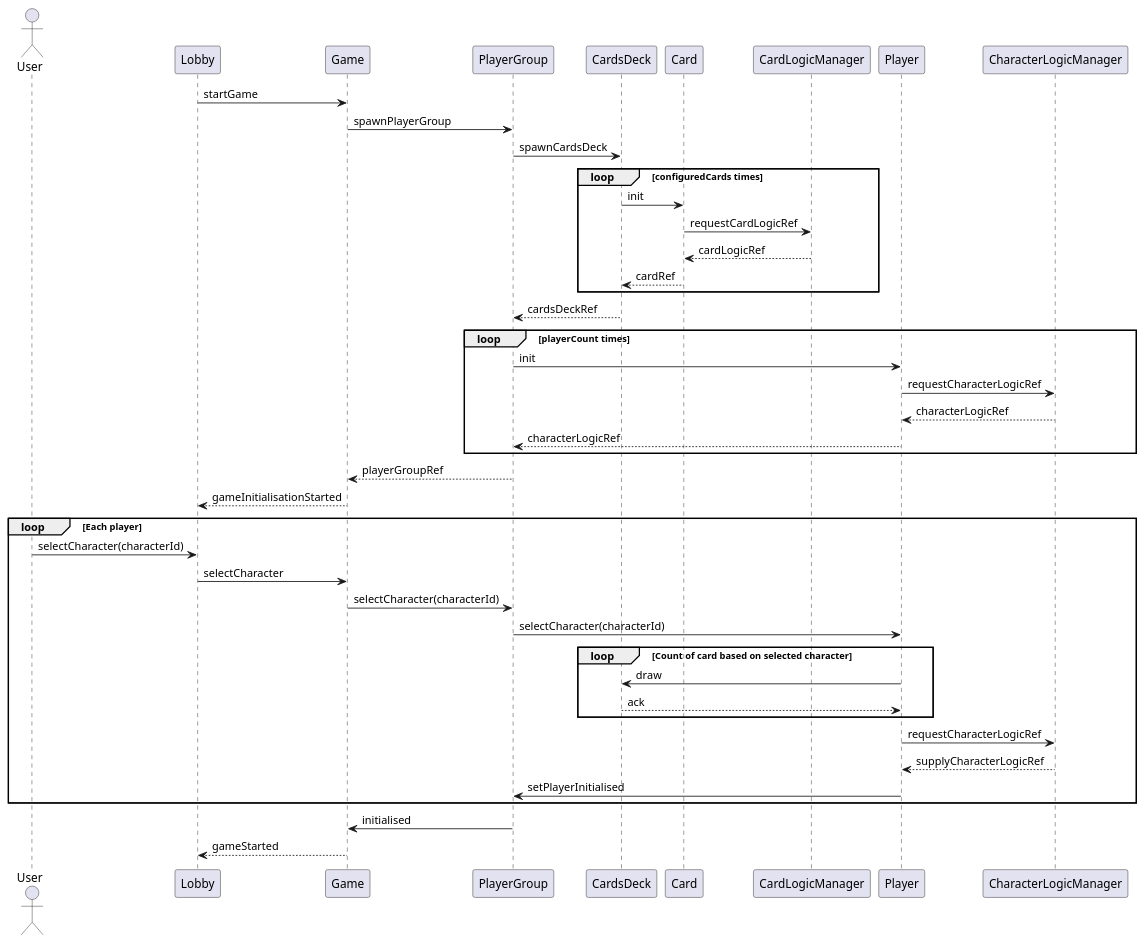
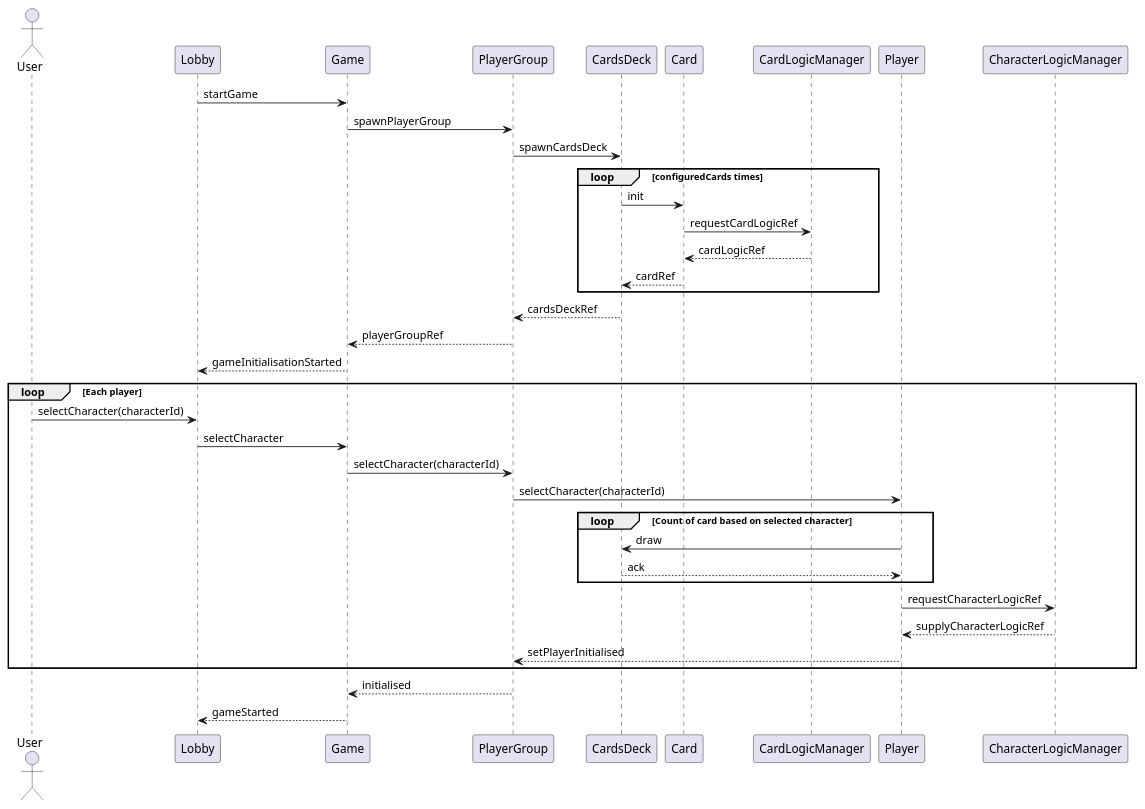
The diagram in design/uml/sequence-diagram/game-initialization-sequence.puml (ondramastik/Bang-online), drawn with PlantUML before and after one commit. The commit also changed 1 other file, not shown here.

Commit message:
Update game initialisation diagram based on notes - remove duplicated logic

```diff
--- a/design/uml/sequence-diagram/game-initialization-sequence.puml
+++ b/design/uml/sequence-diagram/game-initialization-sequence.puml
@@ -1,61 +1,52 @@
 @startuml
 
 actor User
 Lobby -> Game : startGame
 
 Game -> PlayerGroup : spawnPlayerGroup
 
 PlayerGroup -> CardsDeck : spawnCardsDeck
 
 loop configuredCards times
     CardsDeck -> Card : init
 
     Card -> CardLogicManager: requestCardLogicRef
     return cardLogicRef
 
     Card --> CardsDeck : cardRef
 end
 
 CardsDeck --> PlayerGroup: cardsDeckRef
 
-
-loop playerCount times
-    PlayerGroup -> Player : init
-
-    Player -> CharacterLogicManager: requestCharacterLogicRef
-    return characterLogicRef
-
-    Player --> PlayerGroup : characterLogicRef
-end
 
 PlayerGroup --> Game: playerGroupRef
 
 Game --> Lobby : gameInitialisationStarted
 
 
 
 loop Each player
     User -> Lobby : selectCharacter(characterId)
 
     Lobby -> Game : selectCharacter
 
     Game -> PlayerGroup : selectCharacter(characterId)
 
     PlayerGroup -> Player : selectCharacter(characterId)
 
     loop Count of card based on selected character
         Player -> CardsDeck : draw
         return ack
     end
 
     Player -> CharacterLogicManager : requestCharacterLogicRef
     return supplyCharacterLogicRef
 
-    Player -> PlayerGroup : setPlayerInitialised
+    Player --> PlayerGroup : setPlayerInitialised
 end
 
-PlayerGroup -> Game : initialised
+PlayerGroup --> Game : initialised
 
 Game --> Lobby : gameStarted
 
 @enduml
```
